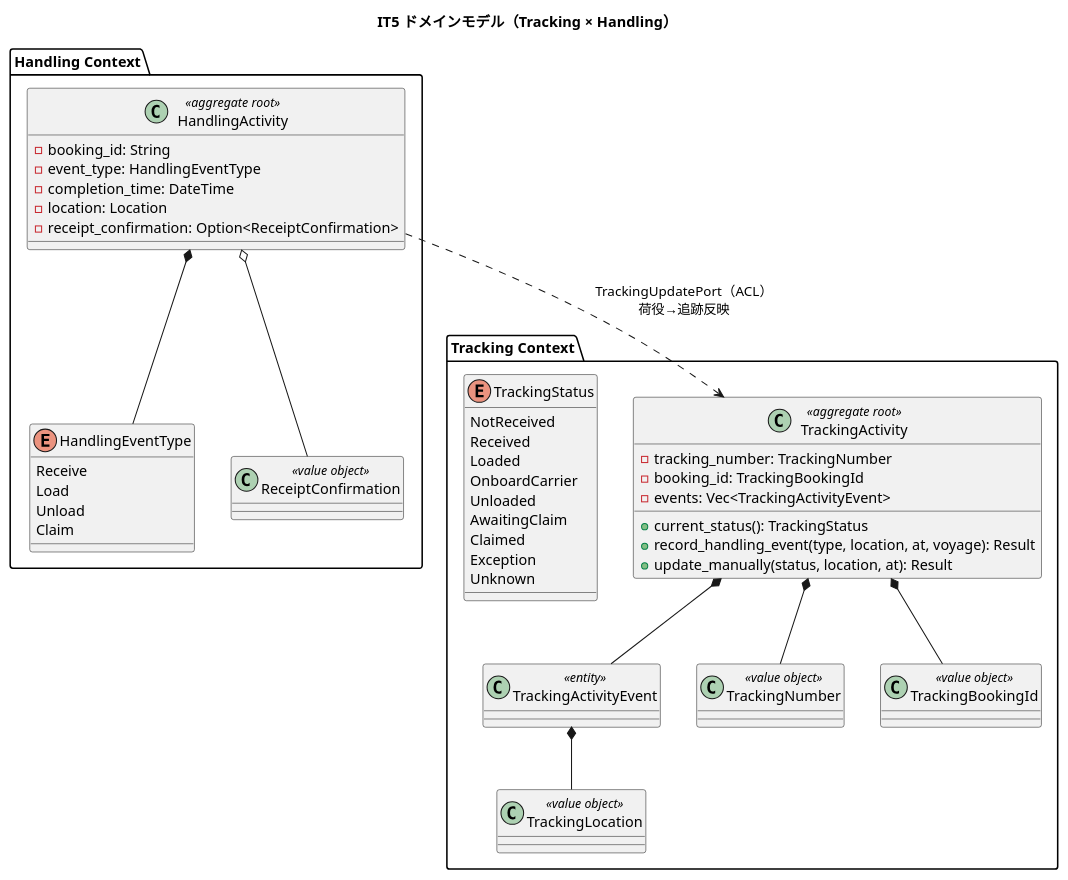
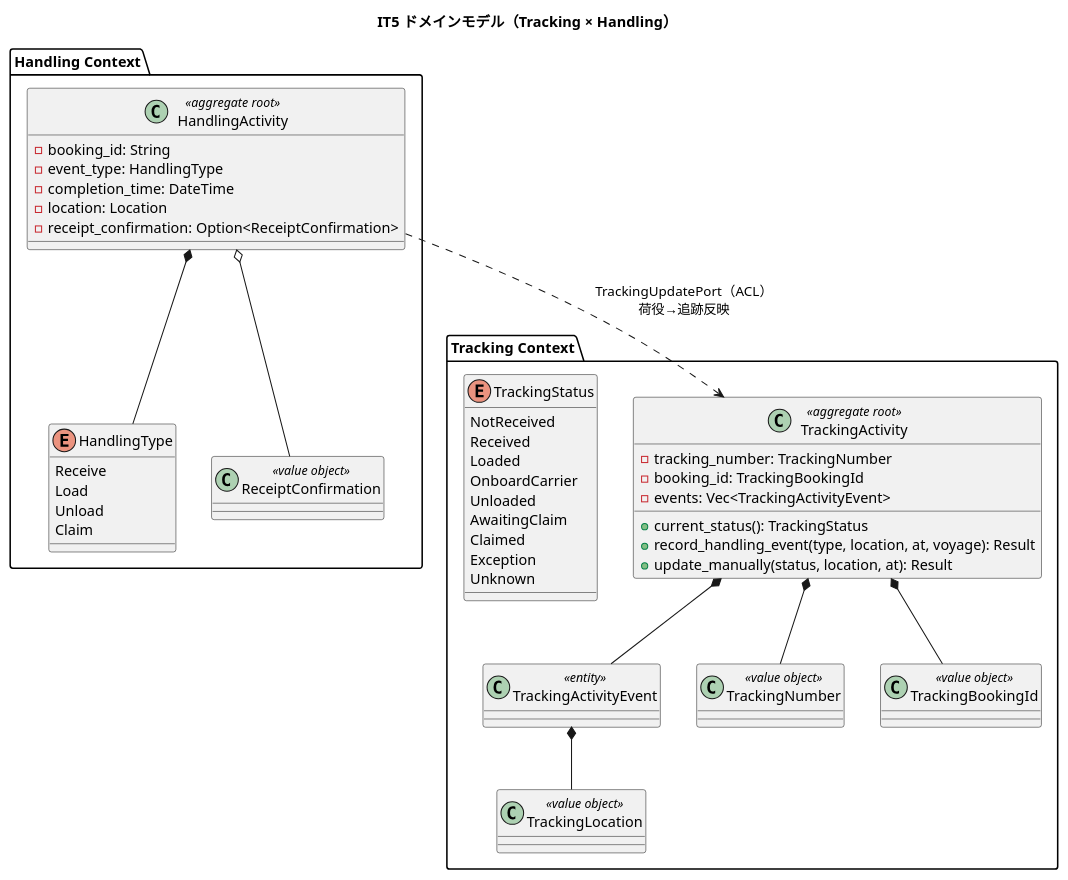
Before and after one commit to k2works/case-study-cargo-tracker: the first of 2 diagrams in docs/development/iteration_plan-5.md, drawn with PlantUML. The commit also changed other lines of this file, not shown here.

````diff
--- a/docs/development/iteration_plan-5.md
+++ b/docs/development/iteration_plan-5.md
@@ -169,56 +169,56 @@
 ```plantuml
 @startuml
 title IT5 ドメインモデル（Tracking × Handling）
 
 package "Tracking Context" {
   class TrackingActivity <<aggregate root>> {
     -tracking_number: TrackingNumber
     -booking_id: TrackingBookingId
     -events: Vec<TrackingActivityEvent>
     +current_status(): TrackingStatus
     +record_handling_event(type, location, at, voyage): Result
     +update_manually(status, location, at): Result
   }
   class TrackingActivityEvent <<entity>>
   class TrackingNumber <<value object>>
   class TrackingBookingId <<value object>>
   class TrackingLocation <<value object>>
   enum TrackingStatus {
     NotReceived
     Received
     Loaded
     OnboardCarrier
     Unloaded
     AwaitingClaim
     Claimed
     Exception
     Unknown
   }
 }
 
 package "Handling Context" {
   class HandlingActivity <<aggregate root>> {
     -booking_id: String
-    -event_type: HandlingEventType
+    -event_type: HandlingType
     -completion_time: DateTime
     -location: Location
     -receipt_confirmation: Option<ReceiptConfirmation>
   }
-  enum HandlingEventType {
+  enum HandlingType {
     Receive
     Load
     Unload
     Claim
   }
   class ReceiptConfirmation <<value object>>
 }
 
 TrackingActivity *-- TrackingActivityEvent
 TrackingActivity *-- TrackingNumber
 TrackingActivity *-- TrackingBookingId
 TrackingActivityEvent *-- TrackingLocation
-HandlingActivity *-- HandlingEventType
+HandlingActivity *-- HandlingType
 HandlingActivity o-- ReceiptConfirmation
 HandlingActivity ..> TrackingActivity : "TrackingUpdatePort（ACL）\n荷役→追跡反映"
 @enduml
 ```
````
